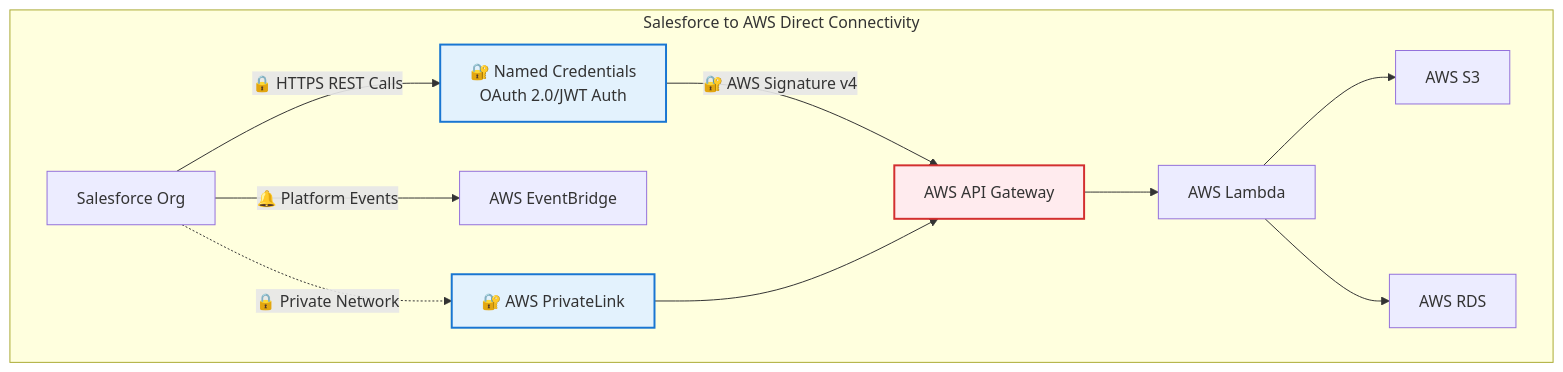
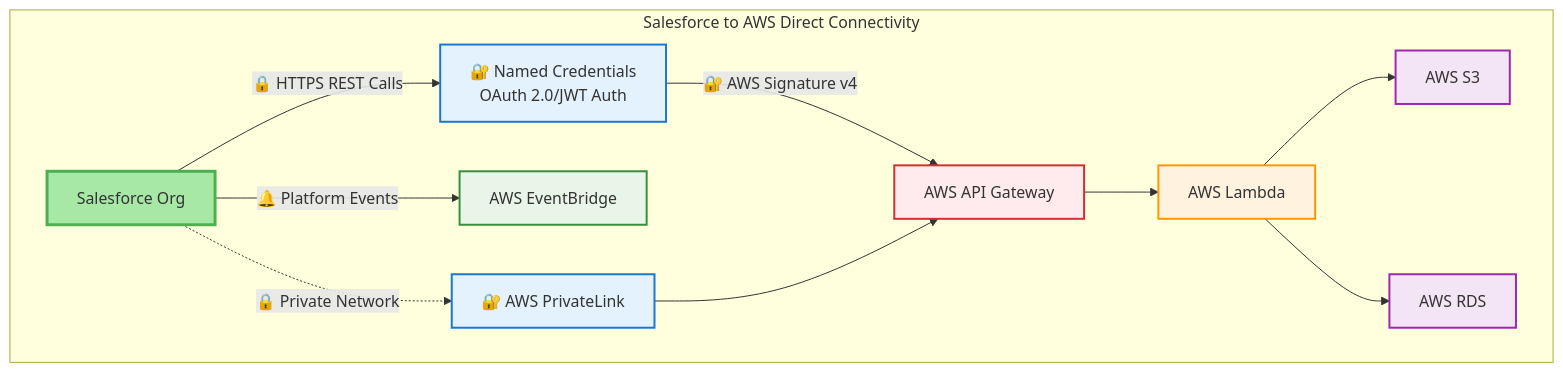
The first of 4 diagrams in README_1.md (arupsarkar-sfdc/Misc), drawn with Mermaid before and after one commit. The commit also changed other lines of this file and 1 other file, not shown here.

Commit message:
Updated the repo with Yahoo customer work and zero copy flow

````diff
--- a/README_1.md
+++ b/README_1.md
@@ -5,28 +5,37 @@
 ```mermaid
 graph TB
     subgraph SF_AWS["Salesforce to AWS Direct Connectivity"]
         SF1[Salesforce Org]
         NC1["🔐 Named Credentials<br/>OAuth 2.0/JWT Auth"]
         AG1[AWS API Gateway]
         L1[AWS Lambda]
         S3_1[AWS S3]
         RDS1[AWS RDS]
         EB1[AWS EventBridge]
         PL1["🔐 AWS PrivateLink"]
         
         SF1 -->|"🔒 HTTPS REST Calls"| NC1
         NC1 -->|"🔐 AWS Signature v4"| AG1
         AG1 --> L1
         L1 --> S3_1
         L1 --> RDS1
         SF1 -->|"🔔 Platform Events"| EB1
         SF1 -.->|"🔒 Private Network"| PL1
         PL1 --> AG1
     end
     
+    %% Enhanced color coding by service layer and type
+    classDef salesforce fill:#a7e8a7,stroke:#4caf50,stroke-width:3px
     classDef security fill:#ffebee,stroke:#d32f2f,stroke-width:2px
     classDef auth fill:#e3f2fd,stroke:#1976d2,stroke-width:2px
+    classDef compute fill:#fff3e0,stroke:#ff9800,stroke-width:2px
+    classDef storage fill:#f3e5f5,stroke:#9c27b0,stroke-width:2px
+    classDef events fill:#e8f5e8,stroke:#388e3c,stroke-width:2px
     
+    class SF1 salesforce
     class NC1,PL1 auth
     class AG1 security
+    class L1 compute
+    class S3_1,RDS1 storage
+    class EB1 events
 ```
````
